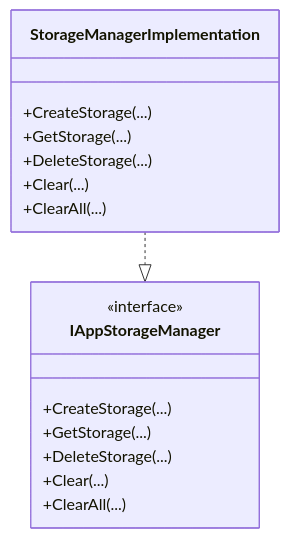
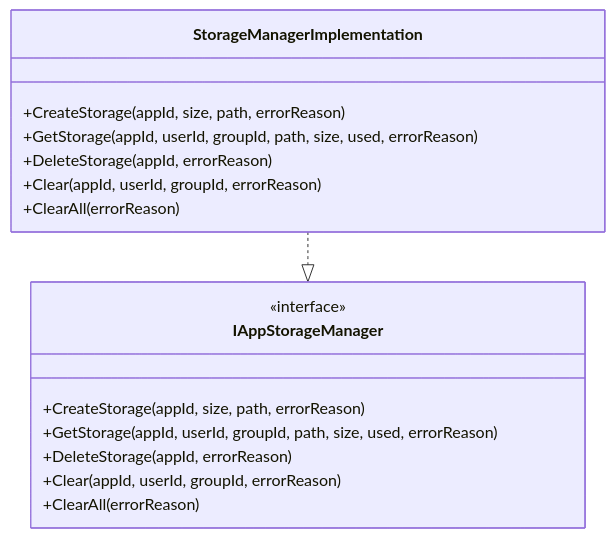
Before and after one commit to rdkcentral/entservices-appmanagers: the second of 4 diagrams in AppStorageManager/AppStorageManager.md, drawn with Mermaid.

Commit message:
Potential fix for pull request finding

````diff
--- a/AppStorageManager/AppStorageManager.md
+++ b/AppStorageManager/AppStorageManager.md
@@ -55,21 +55,21 @@
 ```mermaid
 classDiagram
     class StorageManagerImplementation {
-        +CreateStorage(...)
-        +GetStorage(...)
-        +DeleteStorage(...)
-        +Clear(...)
-        +ClearAll(...)
+        +CreateStorage(appId, size, path, errorReason)
+        +GetStorage(appId, userId, groupId, path, size, used, errorReason)
+        +DeleteStorage(appId, errorReason)
+        +Clear(appId, userId, groupId, errorReason)
+        +ClearAll(errorReason)
     }
 
     class IAppStorageManager {
         <<interface>>
-        +CreateStorage(...)
-        +GetStorage(...)
-        +DeleteStorage(...)
-        +Clear(...)
-        +ClearAll(...)
+        +CreateStorage(appId, size, path, errorReason)
+        +GetStorage(appId, userId, groupId, path, size, used, errorReason)
+        +DeleteStorage(appId, errorReason)
+        +Clear(appId, userId, groupId, errorReason)
+        +ClearAll(errorReason)
     }
 
     StorageManagerImplementation ..|> IAppStorageManager
 ```
````
